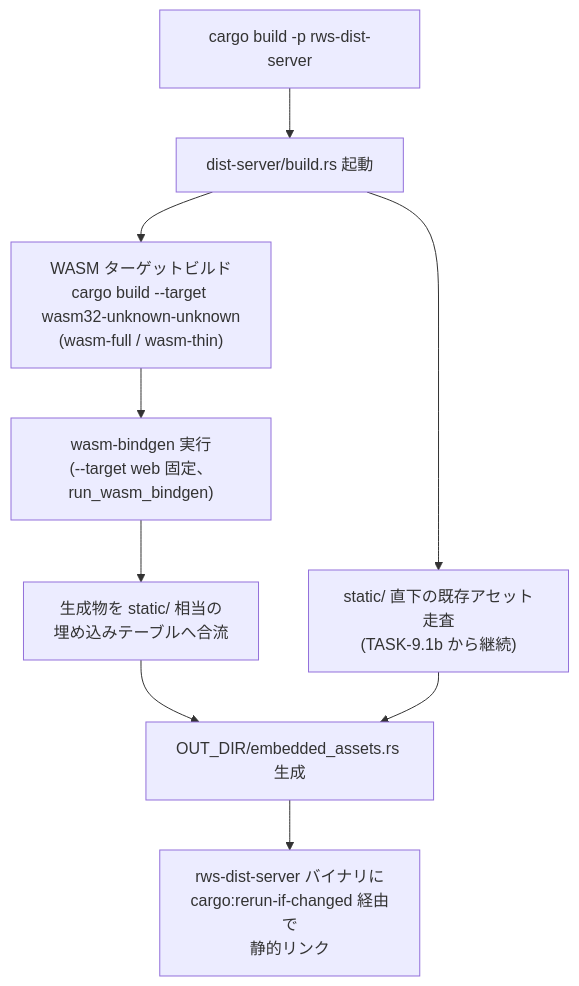
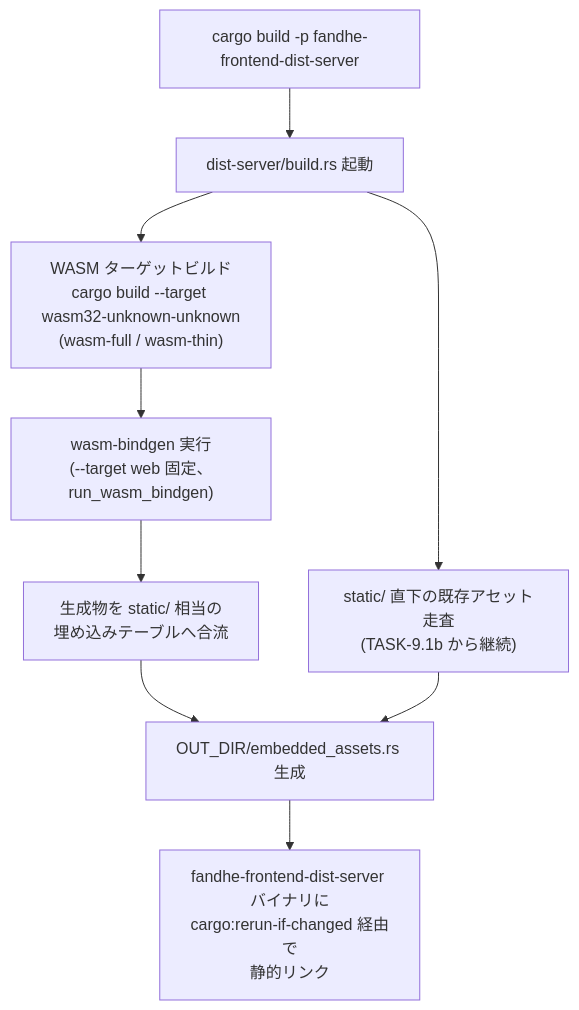
The diagram in docs/design/wasm-build-integration.md (Fandhe-AI/fandhe-frontend), drawn with Mermaid before and after one commit. The commit also changed other lines of this file and 233 other files, not shown here.

First line of the commit message:
refactor(global)!: crate 名 rws-* → fandhe-frontend-* へ一括改名 (#441)

````diff
--- a/docs/design/wasm-build-integration.md
+++ b/docs/design/wasm-build-integration.md
@@ -122,11 +122,11 @@
 ```mermaid
 flowchart TD
-    A["cargo build -p rws-dist-server"] --> B["dist-server/build.rs 起動"]
+    A["cargo build -p fandhe-frontend-dist-server"] --> B["dist-server/build.rs 起動"]
     B --> C["WASM ターゲットビルド\ncargo build --target wasm32-unknown-unknown\n(wasm-full / wasm-thin)"]
     C --> D["wasm-bindgen 実行\n(--target web 固定、run_wasm_bindgen)"]
     D --> E["生成物を static/ 相当の\n埋め込みテーブルへ合流"]
     B --> F["static/ 直下の既存アセット走査\n(TASK-9.1b から継続)"]
     E --> G["OUT_DIR/embedded_assets.rs 生成"]
     F --> G
-    G --> H["rws-dist-server バイナリに\ncargo:rerun-if-changed 経由で\n静的リンク"]
+    G --> H["fandhe-frontend-dist-server バイナリに\ncargo:rerun-if-changed 経由で\n静的リンク"]
 ```
````
